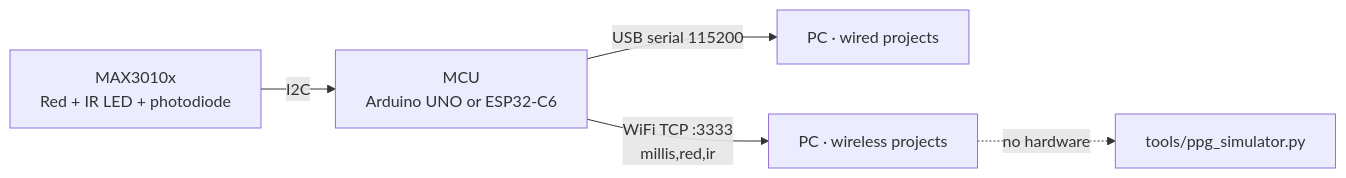
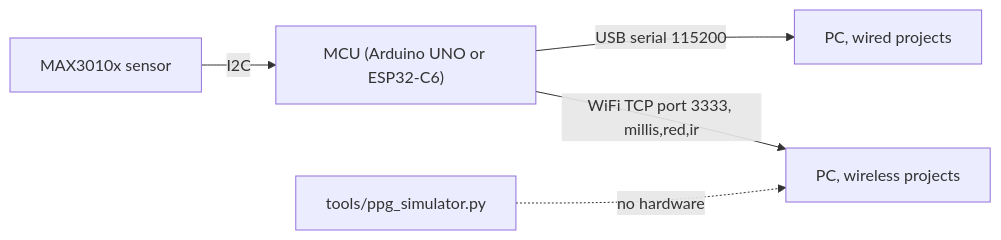
The diagram in docs/hardware.md (PietroChierico/PulseCraft-PPG), drawn with Mermaid before and after one commit. The commit also changed other lines of this file and 38 other files, not shown here.

````diff
--- a/docs/hardware.md
+++ b/docs/hardware.md
@@ -34,7 +34,7 @@
 ```mermaid
 flowchart LR
-  S["MAX3010x\nRed + IR LED + photodiode"] -- I2C --> M["MCU\nArduino UNO  or  ESP32-C6"]
-  M -- "USB serial 115200" --> PC1["PC · wired projects"]
-  M -- "WiFi TCP :3333\nmillis,red,ir" --> PC2["PC · wireless projects"]
-  PC2 -.->|"no hardware"| SIM["tools/ppg_simulator.py"]
+  S["MAX3010x sensor"] -- "I2C" --> M["MCU (Arduino UNO or ESP32-C6)"]
+  M -- "USB serial 115200" --> PC1["PC, wired projects"]
+  M -- "WiFi TCP port 3333, millis,red,ir" --> PC2["PC, wireless projects"]
+  SIM["tools/ppg_simulator.py"] -. "no hardware" .-> PC2
 ```
````
